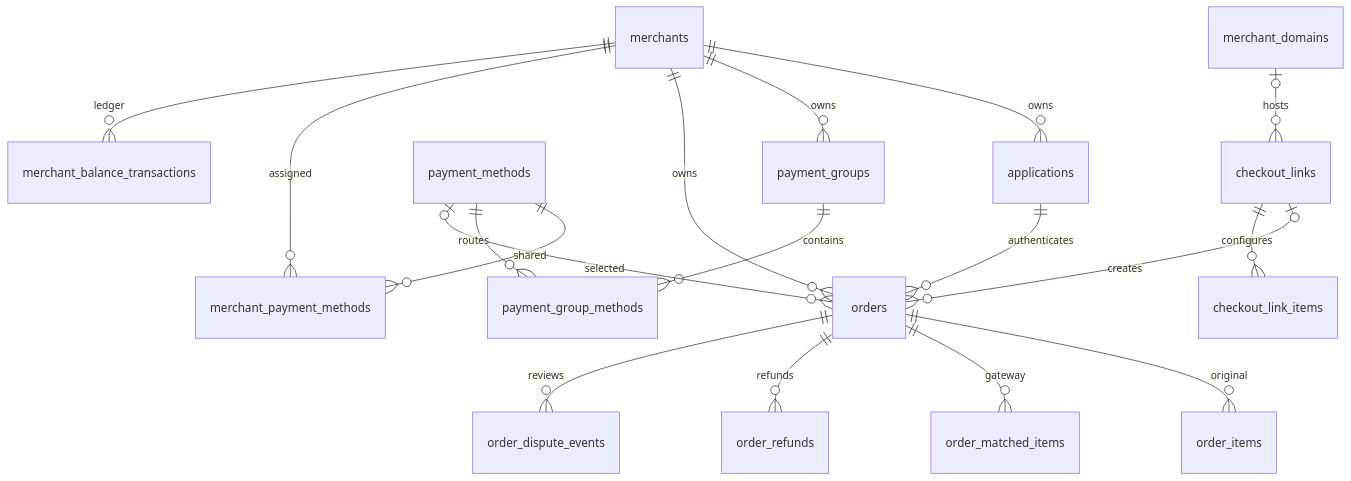
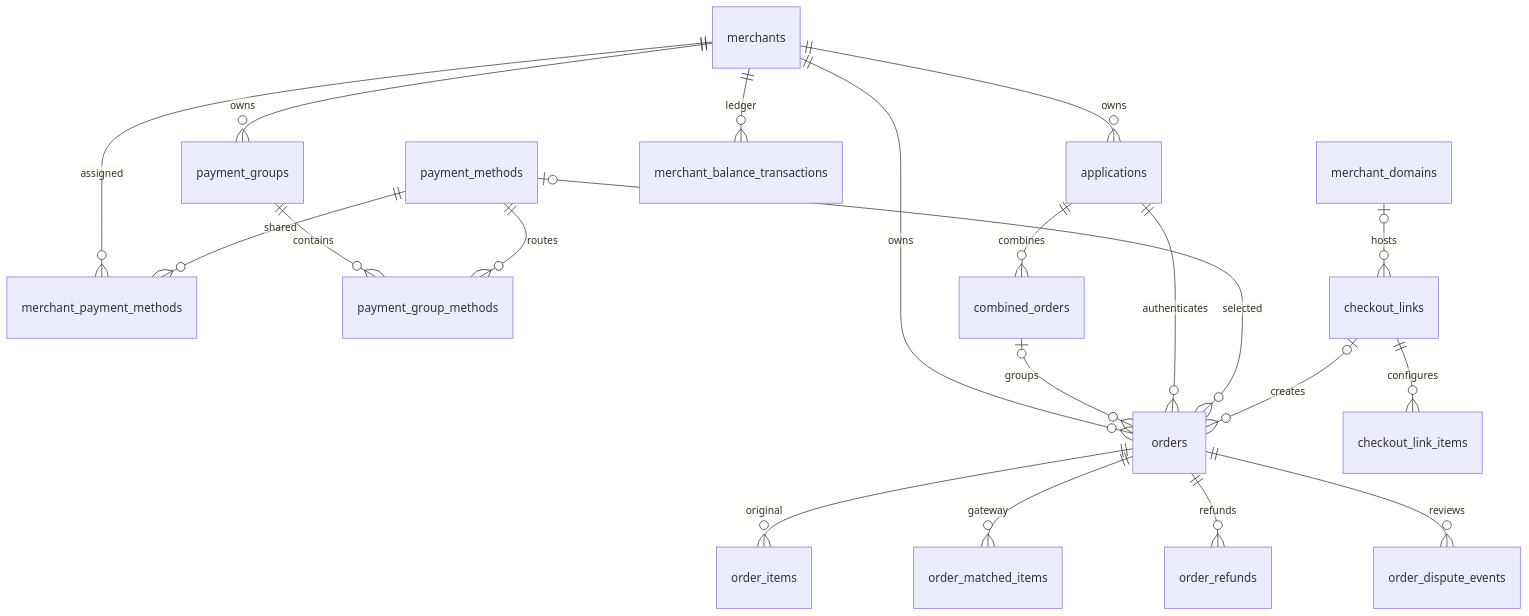
Before and after one commit to tkloespikgit/sscpay-server: the diagram in docs/database.md, drawn with Mermaid. The commit also changed other lines of this file and 62 other files, not shown here.

````diff
--- a/docs/database.md
+++ b/docs/database.md
@@ -7,20 +7,22 @@
 ```mermaid
 erDiagram
     merchants ||--o{ applications : owns
     merchants ||--o{ payment_groups : owns
     merchants ||--o{ orders : owns
     merchants ||--o{ merchant_payment_methods : assigned
     payment_methods ||--o{ merchant_payment_methods : shared
     payment_groups ||--o{ payment_group_methods : contains
     payment_methods ||--o{ payment_group_methods : routes
+    applications ||--o{ combined_orders : combines
+    combined_orders o|--o{ orders : groups
     applications ||--o{ orders : authenticates
     payment_methods o|--o{ orders : selected
     orders ||--o{ order_items : original
     orders ||--o{ order_matched_items : gateway
     orders ||--o{ order_refunds : refunds
     orders ||--o{ order_dispute_events : reviews
     merchants ||--o{ merchant_balance_transactions : ledger
     checkout_links o|--o{ orders : creates
     checkout_links ||--o{ checkout_link_items : configures
     merchant_domains o|--o{ checkout_links : hosts
 ```
````
